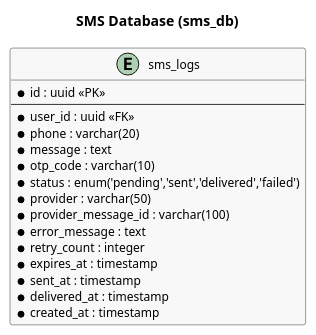
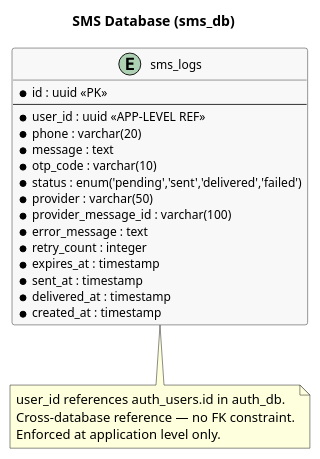
The diagram in templates/erd-sms.puml (namnh240795/document), drawn with PlantUML before and after one commit. The commit also changed 9 other files, not shown here.

```diff
--- a/templates/erd-sms.puml
+++ b/templates/erd-sms.puml
@@ -1,34 +1,41 @@
 @startuml
 ' ============================================================
 ' ERD: SMS Database (sms_db)
 ' Tables: sms_logs
+' Note: user_id references auth_users in auth_db (application-level, no FK constraint)
 ' ============================================================
 
 skinparam class {
   BackgroundColor #F8F8F8
   BorderColor #333333
   ArrowColor #333333
   AttributeFontSize 12
 }
 
 title SMS Database (sms_db)
 
 entity "sms_logs" as sms_logs {
   * id : uuid <<PK>>
   --
-  * user_id : uuid <<FK>>
+  * user_id : uuid <<APP-LEVEL REF>>
   * phone : varchar(20)
   * message : text
   * otp_code : varchar(10)
   * status : enum('pending','sent','delivered','failed')
   * provider : varchar(50)
   * provider_message_id : varchar(100)
   * error_message : text
   * retry_count : integer
   * expires_at : timestamp
   * sent_at : timestamp
   * delivered_at : timestamp
   * created_at : timestamp
 }
 
+note bottom of sms_logs
+  user_id references auth_users.id in auth_db.
+  Cross-database reference — no FK constraint.
+  Enforced at application level only.
+end note
+
 @enduml
```
